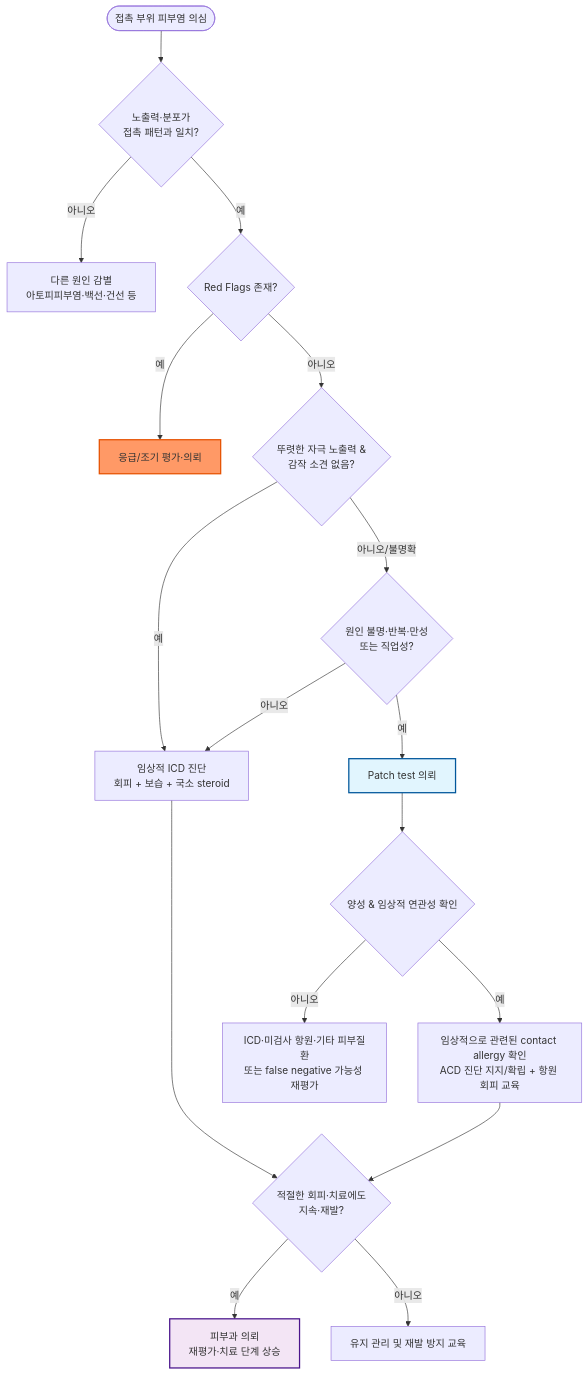
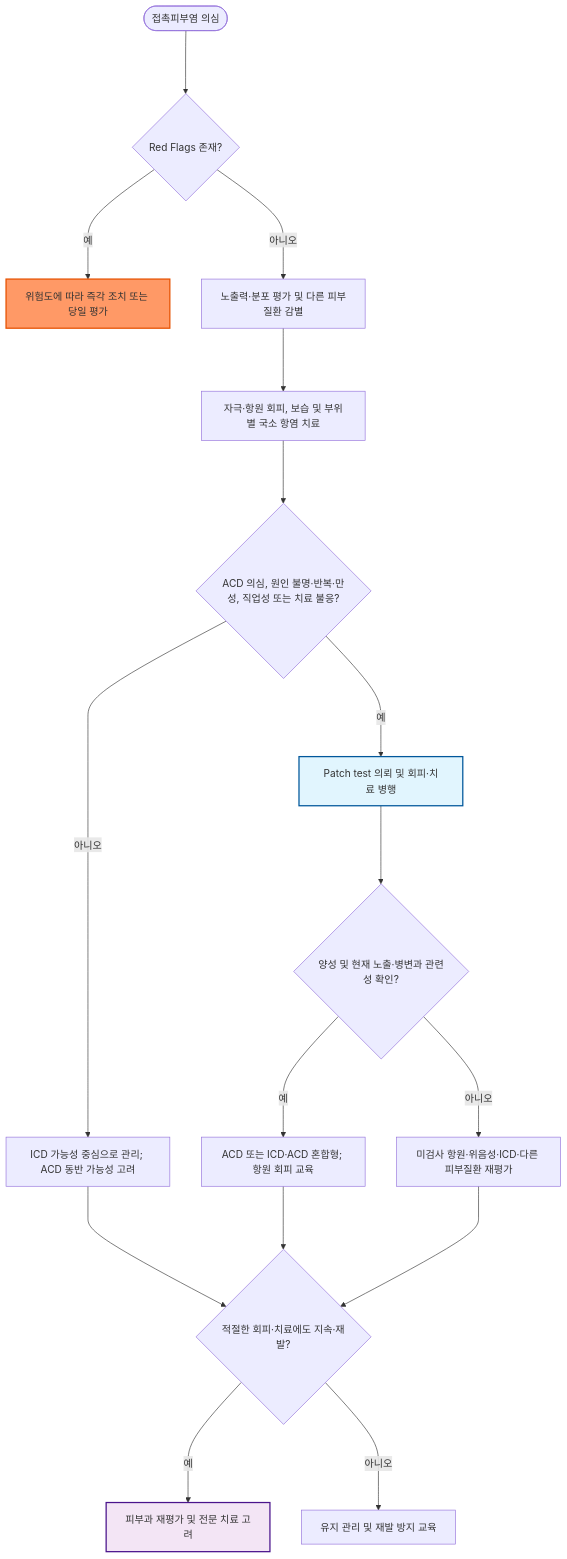
One commit to familyoh77/familyoh77 changed the diagram in 229_/161_-contact-dermatitis.md. Above: the diagram before and after it, drawn with Mermaid. The commit also changed other lines of this file and 10 other files, not shown here.

````diff
--- a/229_/161_-contact-dermatitis.md
+++ b/229_/161_-contact-dermatitis.md
@@ -135,23 +151,22 @@
 ```mermaid
 graph TD
-    A([접촉 부위 피부염 의심]) --> B{노출력·분포가<br/>접촉 패턴과 일치?}
-    B -->|아니오| C[다른 원인 감별<br/>아토피피부염·백선·건선 등]
-    B -->|예| D{Red Flags 존재?}
-    D -->|예| E[응급/조기 평가·의뢰]
-    D -->|아니오| F{뚜렷한 자극 노출력 &<br/>감작 소견 없음?}
-    F -->|예| G[임상적 ICD 진단<br/>회피 + 보습 + 국소 steroid]
-    F -->|아니오/불명확| H{원인 불명·반복·만성<br/>또는 직업성?}
-    H -->|예| I[Patch test 의뢰]
-    H -->|아니오| G
-    I --> J{양성 & 임상적 연관성 확인}
-    J -->|예| K[임상적으로 관련된 contact allergy 확인<br/>ACD 진단 지지/확립 + 항원 회피 교육]
-    J -->|아니오| L[ICD·미검사 항원·기타 피부질환<br/>또는 false negative 가능성 재평가]
-    G --> M{적절한 회피·치료에도<br/>지속·재발?}
-    K --> M
-    M -->|예| N[피부과 의뢰<br/>재평가·치료 단계 상승]
-    M -->|아니오| O[유지 관리 및 재발 방지 교육]
+    A(["접촉피부염 의심"]) ---> B{"Red Flags 존재?"}
+    B --->|예| C["위험도에 따라 즉각 조치 또는 당일 평가"]
+    B --->|아니오| D["노출력·분포 평가 및 다른 피부질환 감별"]
+    D ---> E["자극·항원 회피, 보습 및 부위별 국소 항염 치료"]
+    E ---> F{"ACD 의심, 원인 불명·반복·만성, 직업성 또는 치료 불응?"}
+    F --->|예| G["Patch test 의뢰 및 회피·치료 병행"]
+    F --->|아니오| H["ICD 가능성 중심으로 관리; ACD 동반 가능성 고려"]
+    G ---> I{"양성 및 현재 노출·병변과 관련성 확인?"}
+    I --->|예| J["ACD 또는 ICD·ACD 혼합형; 항원 회피 교육"]
+    I --->|아니오| K["미검사 항원·위음성·ICD·다른 피부질환 재평가"]
+    H ---> L{"적절한 회피·치료에도 지속·재발?"}
+    J ---> L
+    K ---> L
+    L --->|예| M["피부과 재평가 및 전문 치료 고려"]
+    L --->|아니오| N["유지 관리 및 재발 방지 교육"]
 
-    style E fill:#f96,stroke:#e65100,stroke-width:2px
-    style I fill:#e1f5fe,stroke:#01579b,stroke-width:2px
-    style N fill:#f3e5f5,stroke:#4a148c,stroke-width:2px
+    style C fill:#f96,stroke:#e65100,stroke-width:2px
+    style G fill:#e1f5fe,stroke:#01579b,stroke-width:2px
+    style M fill:#f3e5f5,stroke:#4a148c,stroke-width:2px
 ```
````
